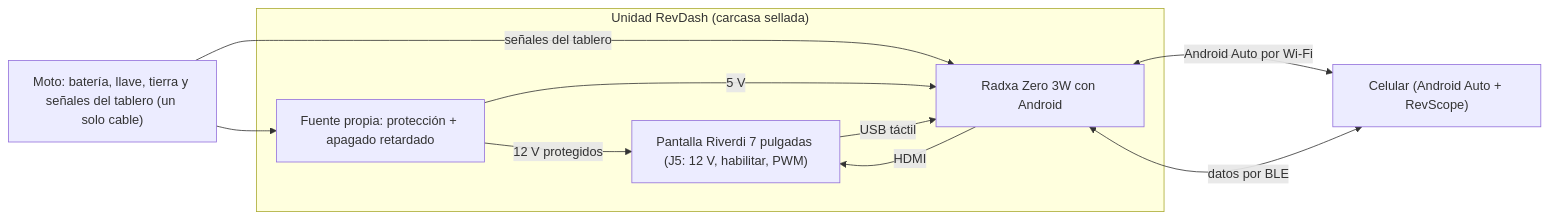
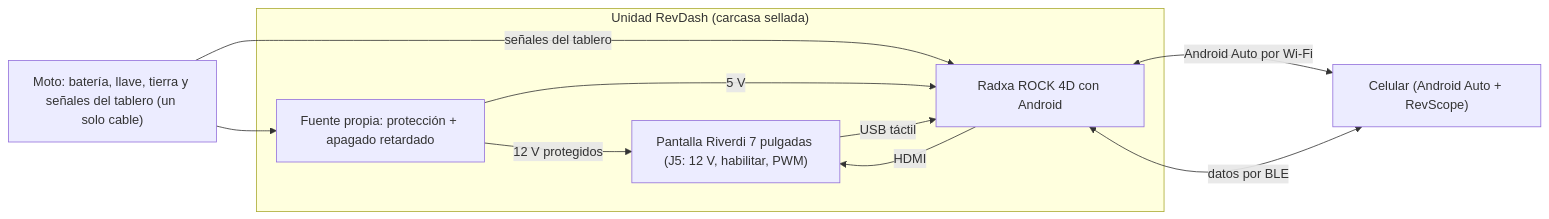
The diagram in README.md (santiquiroz/revdash), drawn with Mermaid before and after one commit. The commit also changed other lines of this file and 3 other files, not shown here.

Commit message:
docs: la placa pasa de la Radxa Zero 3W a la ROCK 4D 6 GB (Android 14, mejor Wi-Fi/BT, CAN en el GPIO)

````diff
--- a/README.md
+++ b/README.md
@@ -57,19 +57,19 @@
 ```mermaid
 flowchart LR
     moto["Moto: batería, llave, tierra y señales del tablero (un solo cable)"]
     subgraph unidad["Unidad RevDash (carcasa sellada)"]
         fuente["Fuente propia: protección + apagado retardado"]
         riverdi["Pantalla Riverdi 7 pulgadas (J5: 12 V, habilitar, PWM)"]
-        zero["Radxa Zero 3W con Android"]
+        zero["Radxa ROCK 4D con Android"]
     end
     celular["Celular (Android Auto + RevScope)"]
 
     moto --> fuente
     moto -- "señales del tablero" --> zero
     fuente -- "12 V protegidos" --> riverdi
     fuente -- "5 V" --> zero
     zero -- "HDMI" --> riverdi
     riverdi -- "USB táctil" --> zero
     zero <-->|"Android Auto por Wi-Fi"| celular
     zero <-->|"datos por BLE"| celular
 ```
````
